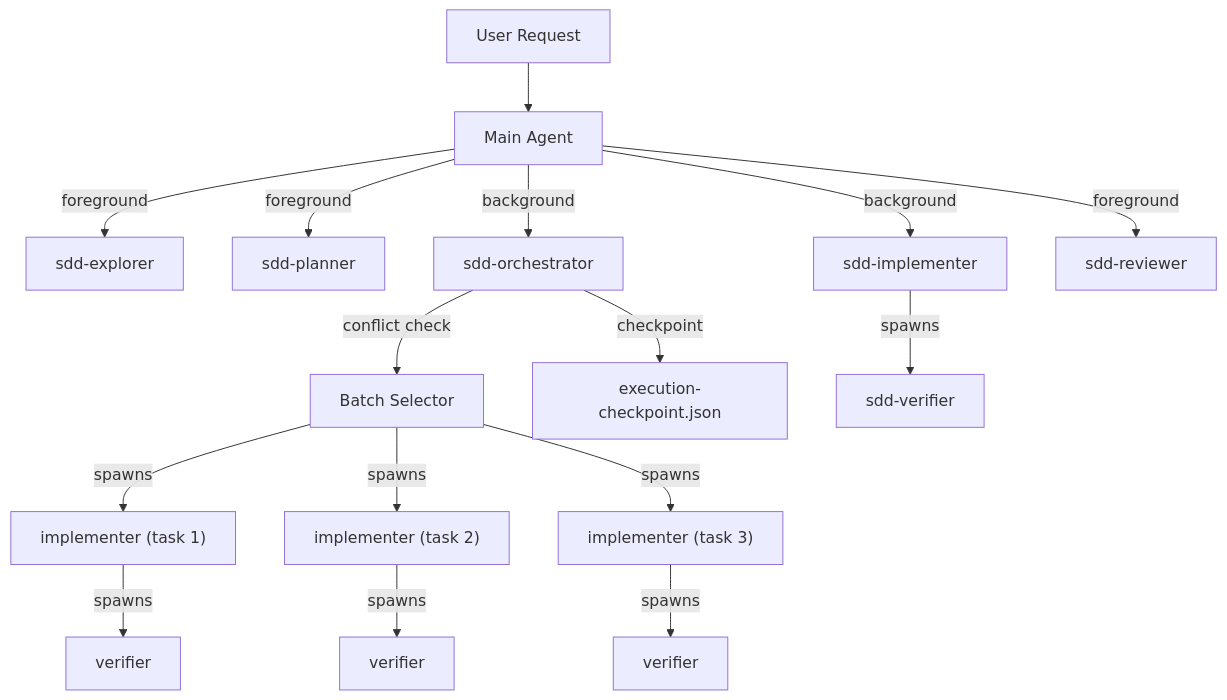
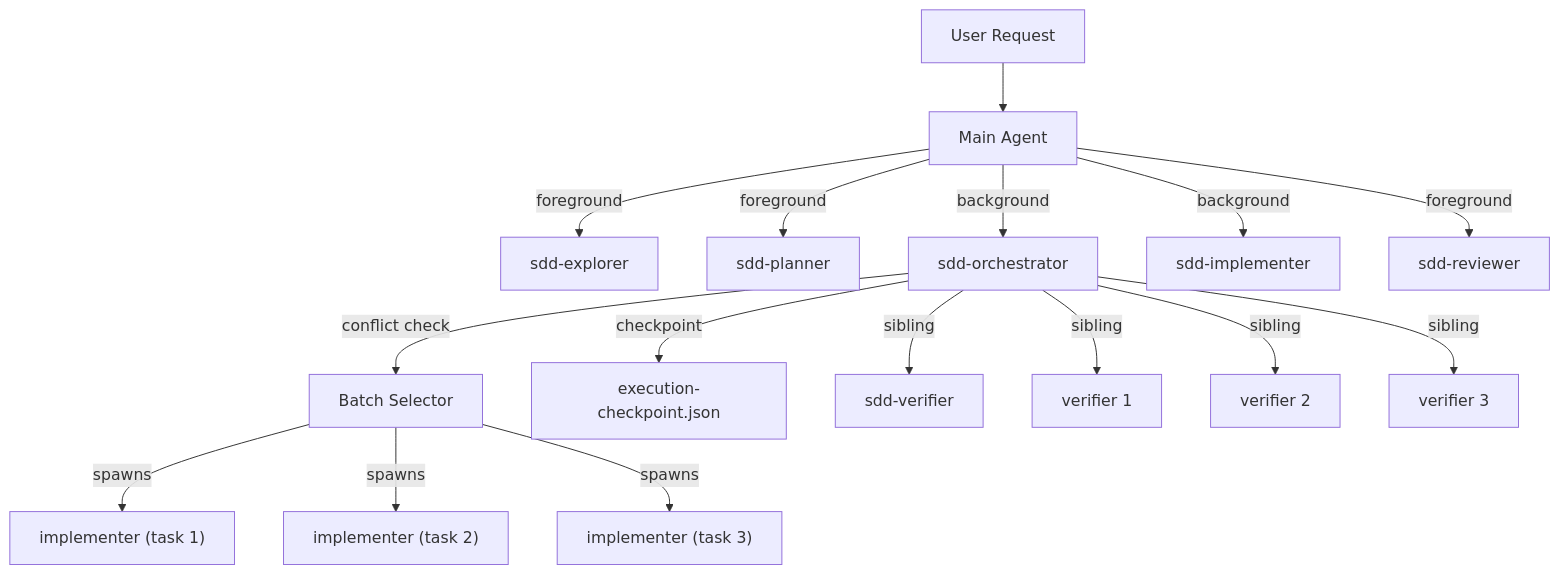
The second of 2 diagrams in README-technical.md (Acetyld/spec-kit-command-cursor), drawn with Mermaid before and after one commit. The commit also changed other lines of this file and 49 other files, not shown here.

````diff
--- a/README-technical.md
+++ b/README-technical.md
@@ -210,21 +214,21 @@
 ```mermaid
 graph TD
     User["User Request"] --> MainAgent["Main Agent"]
     MainAgent -->|foreground| Explorer["sdd-explorer"]
     MainAgent -->|foreground| Planner["sdd-planner"]
     MainAgent -->|background| Orchestrator["sdd-orchestrator"]
     MainAgent -->|background| Implementer["sdd-implementer"]
     MainAgent -->|foreground| Reviewer["sdd-reviewer"]
 
     Orchestrator -->|"conflict check"| BatchSelector["Batch Selector"]
     BatchSelector -->|spawns| Impl1["implementer (task 1)"]
     BatchSelector -->|spawns| Impl2["implementer (task 2)"]
     BatchSelector -->|spawns| Impl3["implementer (task 3)"]
 
     Orchestrator -->|checkpoint| Checkpoint["execution-checkpoint.json"]
 
-    Implementer -->|spawns| Verifier["sdd-verifier"]
-    Impl1 -->|spawns| V1["verifier"]
-    Impl2 -->|spawns| V2["verifier"]
-    Impl3 -->|spawns| V3["verifier"]
+    Orchestrator -->|sibling| Verifier["sdd-verifier"]
+    Orchestrator -->|sibling| V1["verifier 1"]
+    Orchestrator -->|sibling| V2["verifier 2"]
+    Orchestrator -->|sibling| V3["verifier 3"]
 ```
````
